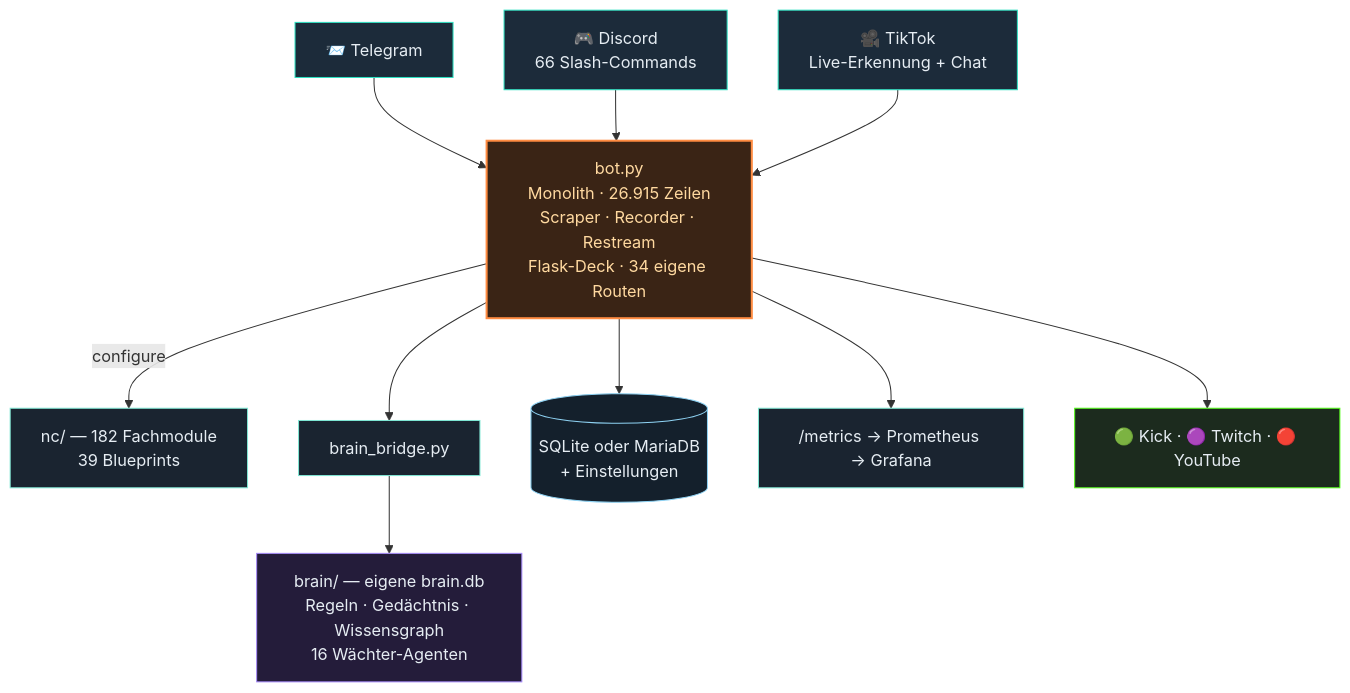
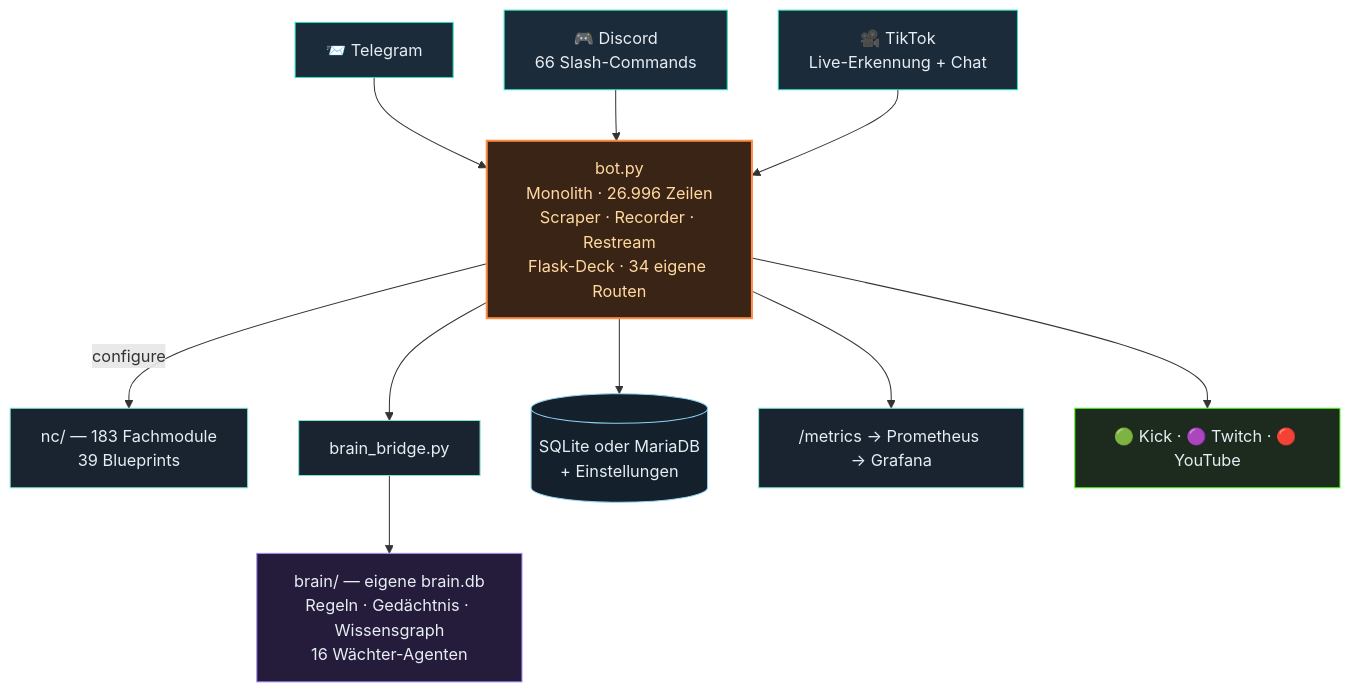
One commit to itsamemedev/Telegram-Stream-Info-Bot changed the second of 3 diagrams in README.md. Above: the diagram before and after it, drawn with Mermaid. The commit also changed other lines of this file and 14 other files, not shown here.

````diff
--- a/README.md
+++ b/README.md
@@ -118,19 +118,19 @@
 ```mermaid
 flowchart TB
     TG["📨 Telegram"]:::ein --> BOT
     DC["🎮 Discord<br/>66 Slash-Commands"]:::ein --> BOT
     TT["🎥 TikTok<br/>Live-Erkennung + Chat"]:::ein --> BOT
-    BOT["bot.py<br/>Monolith · 26.915 Zeilen<br/>Scraper · Recorder · Restream<br/>Flask-Deck · 34 eigene Routen"]:::core
-    BOT -->|configure| NC["nc/ — 182 Fachmodule<br/>39 Blueprints"]:::lib
+    BOT["bot.py<br/>Monolith · 26.996 Zeilen<br/>Scraper · Recorder · Restream<br/>Flask-Deck · 34 eigene Routen"]:::core
+    BOT -->|configure| NC["nc/ — 183 Fachmodule<br/>39 Blueprints"]:::lib
     BOT --> BR["brain_bridge.py"]:::lib
     BR --> BRAIN["brain/ — eigene brain.db<br/>Regeln · Gedächtnis · Wissensgraph<br/>16 Wächter-Agenten"]:::brain
     BOT --> DB[("SQLite oder MariaDB<br/>+ Einstellungen")]:::db
     BOT --> PROM["/metrics → Prometheus → Grafana"]:::lib
     BOT --> OUT["🟢 Kick · 🟣 Twitch · 🔴 YouTube"]:::out
     classDef ein fill:#1c2b3a,stroke:#2de1c2,color:#e6edf3
     classDef core fill:#3a2415,stroke:#ff8c42,stroke-width:2px,color:#ffd9a0
     classDef lib fill:#1a2430,stroke:#7fe7d4,color:#e6edf3
     classDef brain fill:#241c3a,stroke:#a78bfa,color:#e6edf3
     classDef db fill:#14202c,stroke:#8fd3f4,color:#e6edf3
     classDef out fill:#1c2b1e,stroke:#53fc18,color:#e6edf3
 ```
````
